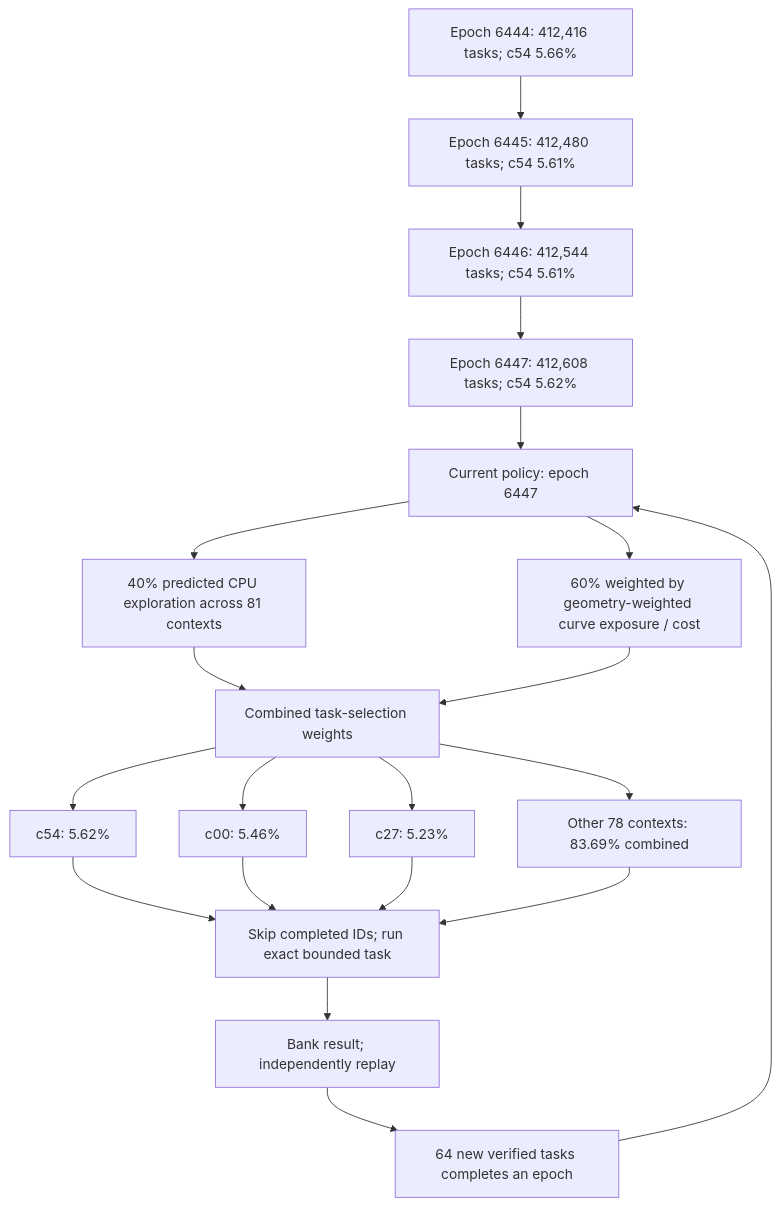
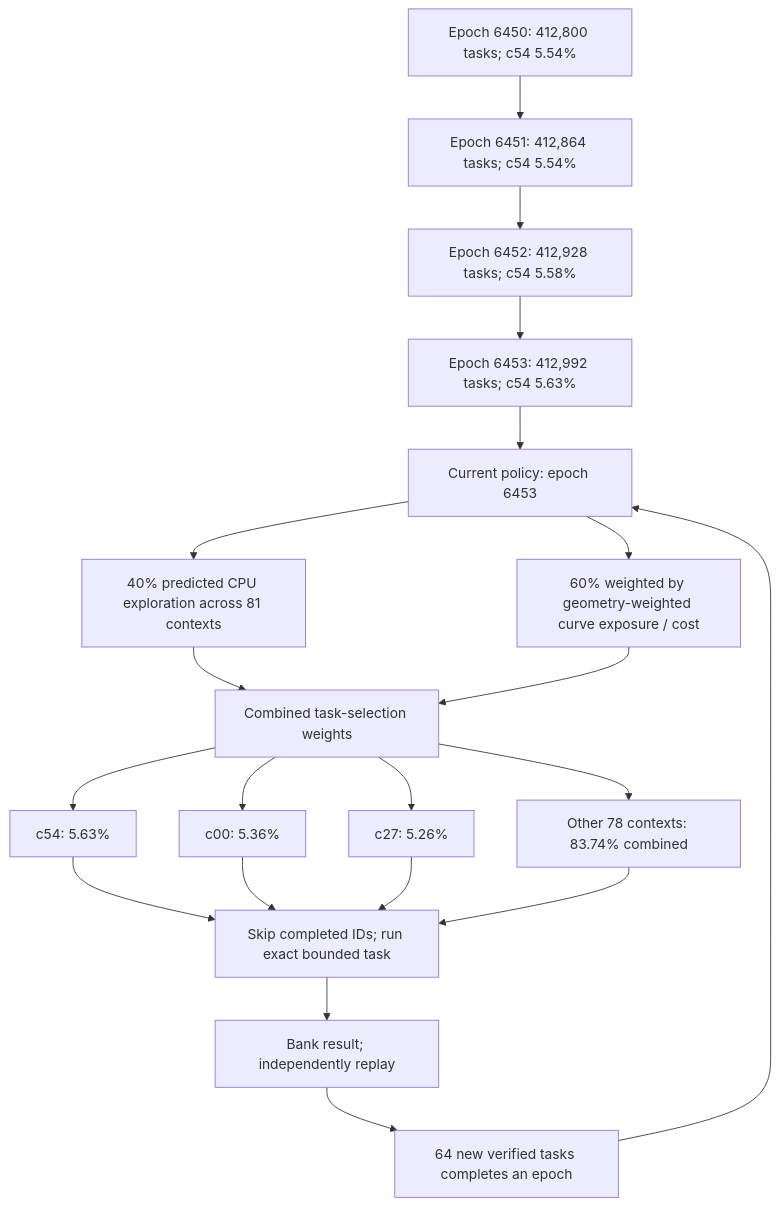
One commit to Kuberwastaken/math-gambling changed the first of 4 diagrams in README.md. Above: the diagram before and after it, drawn with Mermaid. The commit also changed other lines of this file and 1410 other files, not shown here.

````diff
--- a/README.md
+++ b/README.md
@@ -60,27 +60,27 @@
 ```mermaid
 flowchart TD
-    H0["Epoch 6444: 412,416 tasks; c54 5.66%"]
-    H1["Epoch 6445: 412,480 tasks; c54 5.61%"]
+    H0["Epoch 6450: 412,800 tasks; c54 5.54%"]
+    H1["Epoch 6451: 412,864 tasks; c54 5.54%"]
     H0 --> H1
-    H2["Epoch 6446: 412,544 tasks; c54 5.61%"]
+    H2["Epoch 6452: 412,928 tasks; c54 5.58%"]
     H1 --> H2
-    H3["Epoch 6447: 412,608 tasks; c54 5.62%"]
+    H3["Epoch 6453: 412,992 tasks; c54 5.63%"]
     H2 --> H3
-    Policy["Current policy: epoch 6447"]
+    Policy["Current policy: epoch 6453"]
     H3 --> Policy
     Policy --> Explore["40% predicted CPU exploration across 81 contexts"]
     Policy --> Cost["60% weighted by geometry-weighted curve exposure / cost"]
     Explore --> Mix["Combined task-selection weights"]
     Cost --> Mix
-    Mix --> C0["c54: 5.62%"]
-    Mix --> C1["c00: 5.46%"]
-    Mix --> C2["c27: 5.23%"]
-    Mix --> Rest["Other 78 contexts: 83.69% combined"]
+    Mix --> C0["c54: 5.63%"]
+    Mix --> C1["c00: 5.36%"]
+    Mix --> C2["c27: 5.26%"]
+    Mix --> Rest["Other 78 contexts: 83.74% combined"]
     C0 --> Check["Skip completed IDs; run exact bounded task"]
     C1 --> Check
     C2 --> Check
     Rest --> Check
     Check --> Replay["Bank result; independently replay"]
     Replay --> Gate["64 new verified tasks completes an epoch"]
     Gate --> Policy
 ```
````
